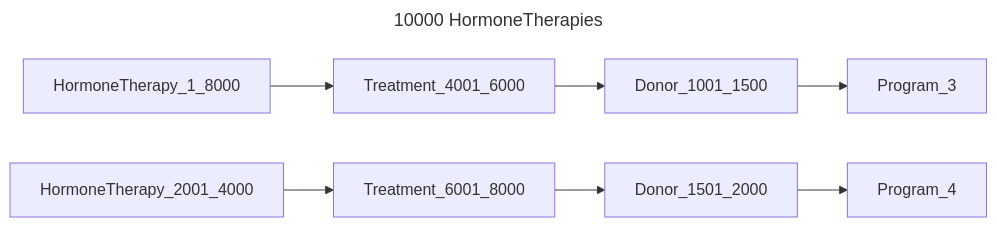
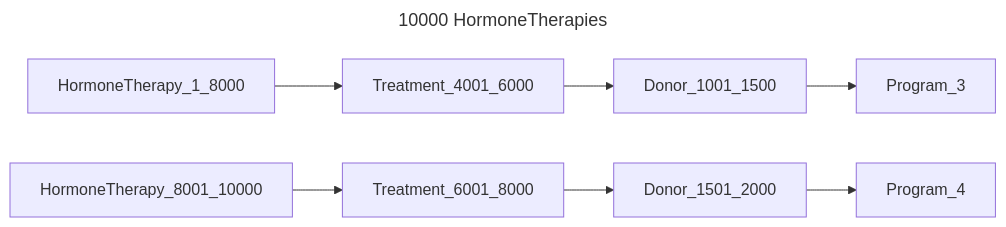
One commit to bento-platform/katsu changed the seventh of 14 diagrams in chord_metadata_service/mohpackets/data/large_dataset/README.md. Above: the diagram before and after it, drawn with Mermaid. The commit also changed other lines of this file, not shown here.

````diff
--- a/chord_metadata_service/mohpackets/data/large_dataset/README.md
+++ b/chord_metadata_service/mohpackets/data/large_dataset/README.md
@@ -114,9 +114,9 @@
 ```mermaid
 ---
 title: 10000 HormoneTherapies
 ---
 graph LR;  
   HormoneTherapy_1_8000 --> Treatment_4001_6000 --> Donor_1001_1500 --> Program_3;  
-  HormoneTherapy_2001_4000 --> Treatment_6001_8000 --> Donor_1501_2000 --> Program_4;  
+  HormoneTherapy_8001_10000 --> Treatment_6001_8000 --> Donor_1501_2000 --> Program_4;  
 
 ```
````
